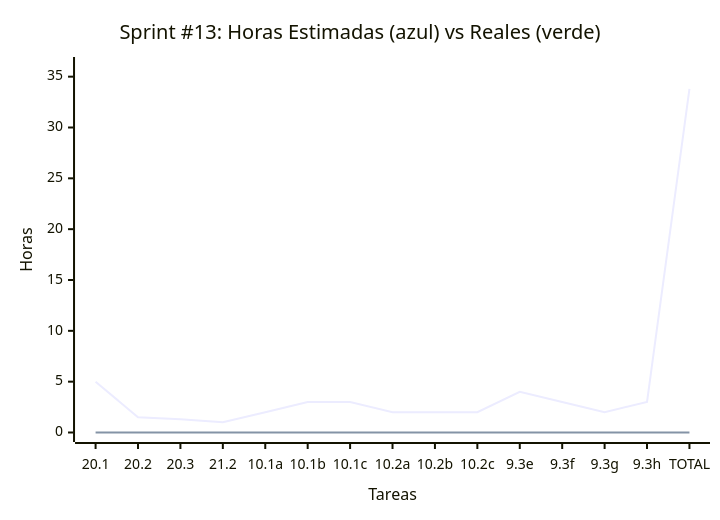
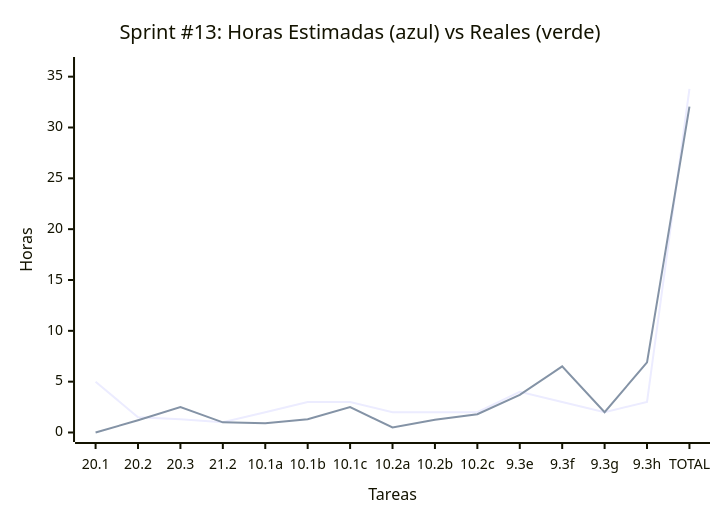
Before and after one commit to MarkMed/FleetMan: diagram 13 of 13 in docs/SprintsPlanning.md, drawn with Mermaid. The commit also changed other lines of this file and 1 other file, not shown here.

````diff
--- a/docs/SprintsPlanning.md
+++ b/docs/SprintsPlanning.md
@@ -738,9 +738,9 @@
 ```mermaid
 xychart-beta
     title "Sprint #13: Horas Estimadas (azul) vs Reales (verde)"
     x-axis "Tareas" ["20.1", "20.2", "20.3", "21.2", "10.1a", "10.1b", "10.1c", "10.2a", "10.2b", "10.2c", "9.3e", "9.3f", "9.3g", "9.3h", "TOTAL"]
     y-axis "Horas" 0 --> 36
     
     line [5, 1.5, 1.3, 1, 2, 3, 3, 2, 2, 2, 4, 3, 2, 3, 33.8]
-    line [0, 0, 0, 0, 0, 0, 0, 0, 0, 0, 0, 0, 0, 0, 0]
+    line [0, 1.2, 2.5, 1, 0.9, 1.3, 2.5, 0.5, 1.25, 1.8, 3.7, 6.5, 2, 6.9, 32.05]
 ```
````
